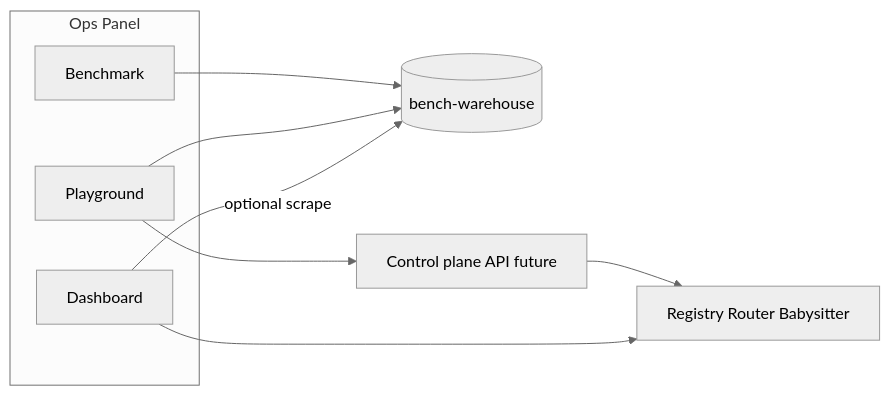
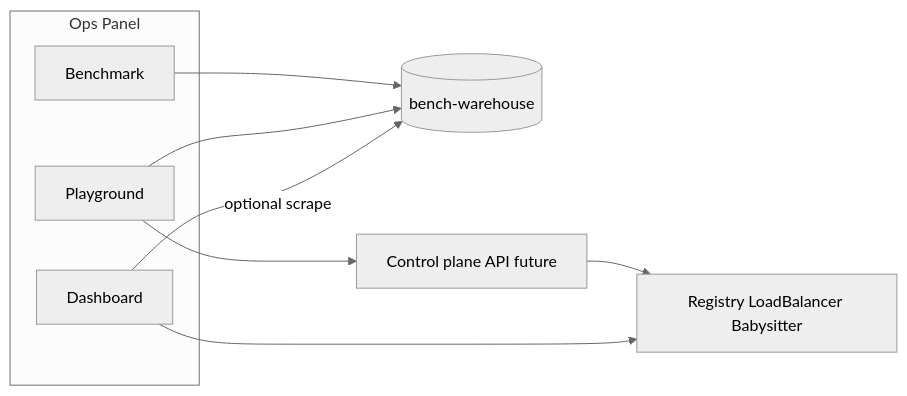
Before and after one commit to Ceng23333/InfiniOrchestrator: the second of 2 diagrams in docs/design/operations-panel.md, drawn with Mermaid (neutral theme). The commit also changed other lines of this file and 342 other files, not shown here.

````diff
--- a/docs/design/operations-panel.md
+++ b/docs/design/operations-panel.md
@@ -196,17 +196,17 @@
 ```mermaid
 flowchart LR
   subgraph panel [Ops Panel]
     BM[Benchmark]
     PG[Playground]
     DB[Dashboard]
   end
   BW[(bench-warehouse)]
   CP[Control plane API future]
-  RT[Registry Router Babysitter]
+  RT[Registry LoadBalancer Babysitter]
   BM --> BW
   PG --> CP
   CP --> RT
   PG --> BW
   DB --> RT
   DB -->|"optional scrape"| BW
 ```
````
